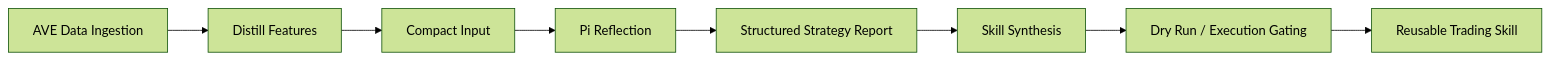
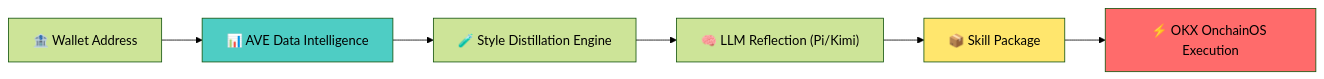
The first of 3 diagrams in README.md (DESONGs/0t-skill-hackson), drawn with Mermaid (forest theme) before and after one commit. The commit also changed other lines of this file and 2 other files, not shown here.

Commit message:
Move detailed README into 0t-skill_hackson_v2ing

````diff
--- a/README.md
+++ b/README.md
@@ -47,10 +9,12 @@
 ```mermaid
 flowchart LR
-    A["AVE Data Ingestion"] --> B["Distill Features"]
-    B --> C["Compact Input"]
-    C --> D["Pi Reflection"]
-    D --> E["Structured Strategy Report"]
-    E --> F["Skill Synthesis"]
-    F --> G["Dry Run / Execution Gating"]
-    G --> H["Reusable Trading Skill"]
+    W["🏦 Wallet Address"] --> AVE["📊 AVE Data Intelligence"]
+    AVE --> D["🧪 Style Distillation Engine"]
+    D --> R["🧠 LLM Reflection (Pi/Kimi)"]
+    R --> S["📦 Skill Package"]
+    S --> OKX["⚡ OKX OnchainOS Execution"]
+    
+    style AVE fill:#4ECDC4,color:#000
+    style OKX fill:#FF6B6B,color:#000
+    style S fill:#FFE66D,color:#000
 ```
````
